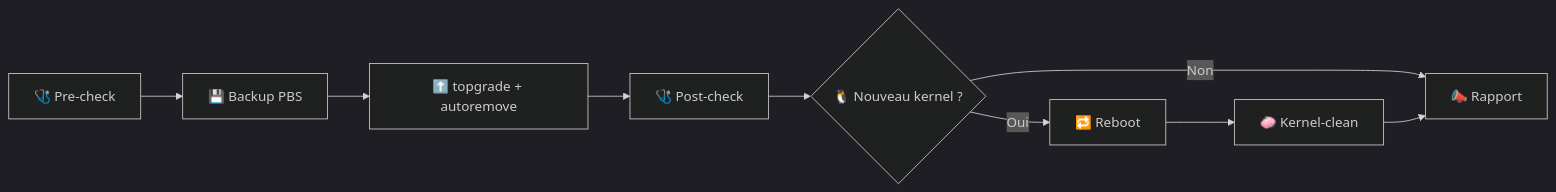
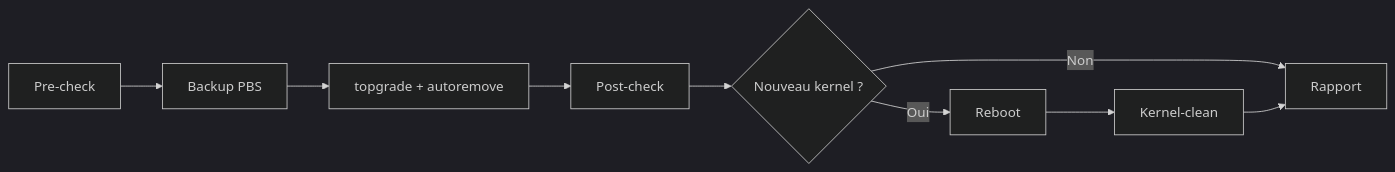
The diagram in PROJET.md (lamacheref/PVE_Update_Orchestrator), drawn with Mermaid (dark theme) before and after one commit.

Commit message:
fix: mermaid §2 sans emojis (getAttribute renderer)

````diff
--- a/PROJET.md
+++ b/PROJET.md
@@ -57,11 +57,11 @@
 ```mermaid
 flowchart LR
-    A["🩺 Pre-check"] --> B["💾 Backup PBS"]
-    B --> C["⬆️ topgrade + autoremove"]
-    C --> D["🩺 Post-check"]
-    D --> E{"🐧 Nouveau kernel ?"}
-    E -- "Oui" --> F["🔁 Reboot"]
-    E -- "Non" --> G["📣 Rapport"]
-    F --> H["🧼 Kernel-clean"]
+    A["Pre-check"] --> B["Backup PBS"]
+    B --> C["topgrade + autoremove"]
+    C --> D["Post-check"]
+    D --> E{"Nouveau kernel ?"}
+    E -- "Oui" --> F["Reboot"]
+    E -- "Non" --> G["Rapport"]
+    F --> H["Kernel-clean"]
     H --> G
 ```
````
